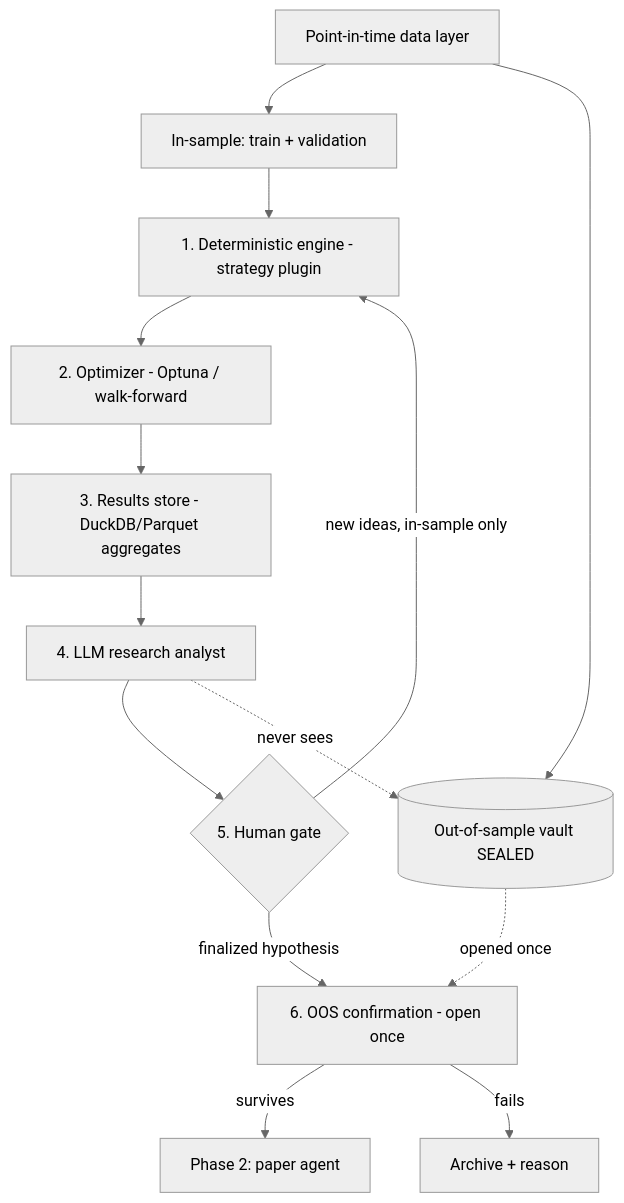
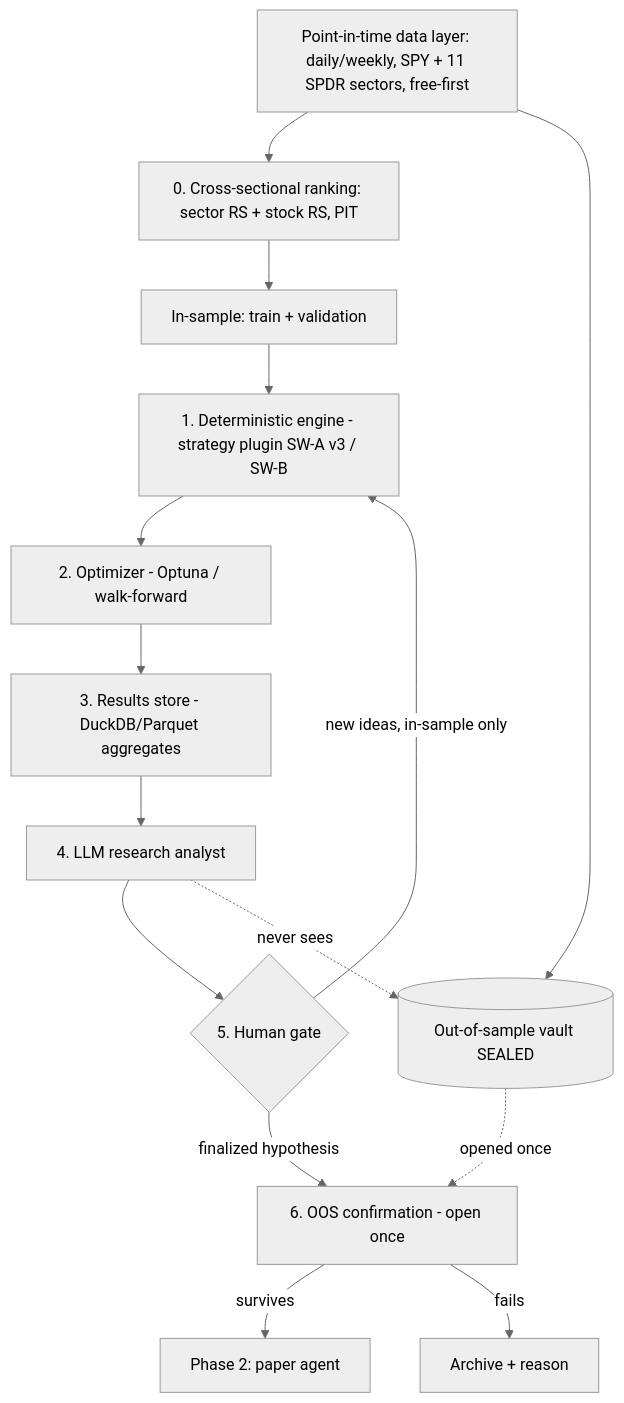
One commit to manuel-reyes-ml/data-portfolio changed the diagram in project_scopes/CRUCIBLE_SCOPE_v1.0.md. Above: the diagram before and after it, drawn with Mermaid (neutral theme). The commit also changed other lines of this file, not shown here.

````diff
--- a/project_scopes/CRUCIBLE_SCOPE_v1.0.md
+++ b/project_scopes/CRUCIBLE_SCOPE_v1.0.md
@@ -138,16 +163,17 @@
 ```mermaid
 flowchart TD
-    D[Point-in-time data layer] --> IS[In-sample: train + validation]
+    D[Point-in-time data layer: daily/weekly, SPY + 11 SPDR sectors, free-first] --> X[0. Cross-sectional ranking: sector RS + stock RS, PIT]
+    X --> IS[In-sample: train + validation]
     D --> OOS[(Out-of-sample vault SEALED)]
-    IS --> E[1. Deterministic engine - strategy plugin]
+    IS --> E[1. Deterministic engine - strategy plugin SW-A v3 / SW-B]
     E --> O[2. Optimizer - Optuna / walk-forward]
     O --> R[3. Results store - DuckDB/Parquet aggregates]
     R --> L[4. LLM research analyst]
     L --> H{5. Human gate}
     H -->|new ideas, in-sample only| E
     H -->|finalized hypothesis| C[6. OOS confirmation - open once]
     OOS -.opened once.-> C
     C -->|survives| P2[Phase 2: paper agent]
     C -->|fails| A[Archive + reason]
     L -. never sees .-> OOS
 ```
````
